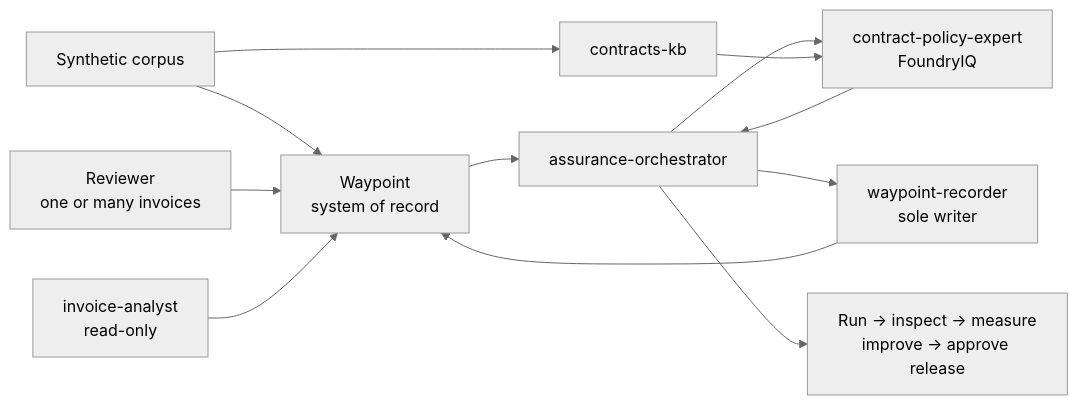
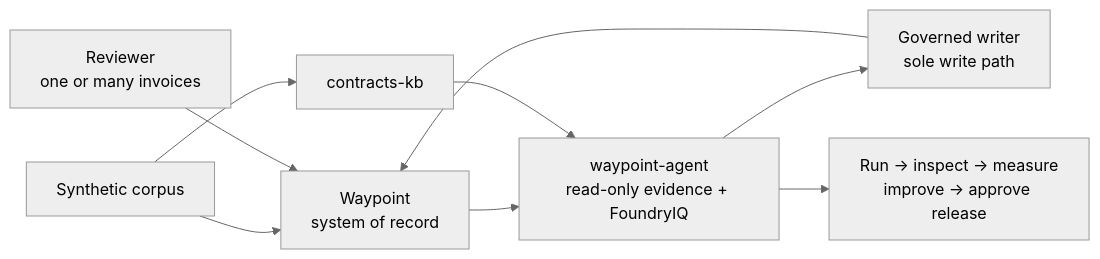
The diagram in docs/architecture.md (caldova/waypoint), drawn with Mermaid (neutral theme) before and after one commit. The commit also changed other lines of this file and 15 other files, not shown here.

````diff
--- a/docs/architecture.md
+++ b/docs/architecture.md
@@ -22,14 +22,11 @@
 ```mermaid
 flowchart LR
     Corpus[Synthetic corpus] --> App[Waypoint<br/>system of record]
     Corpus --> KB[contracts-kb]
     Reviewer[Reviewer<br/>one or many invoices] --> App
-    Analyst[invoice-analyst<br/>read-only] --> App
-    App --> Orchestrator[assurance-orchestrator]
-    Orchestrator --> Expert[contract-policy-expert<br/>FoundryIQ]
-    KB --> Expert
-    Expert --> Orchestrator
-    Orchestrator --> Recorder[waypoint-recorder<br/>sole writer]
-    Recorder --> App
-    Orchestrator --> Quality[Run → inspect → measure<br/>improve → approve release]
+    App --> Agent[waypoint-agent<br/>read-only evidence + FoundryIQ]
+    KB --> Agent
+    Agent --> Writer[Governed writer<br/>sole write path]
+    Writer --> App
+    Agent --> Quality[Run → inspect → measure<br/>improve → approve release]
 ```
````
